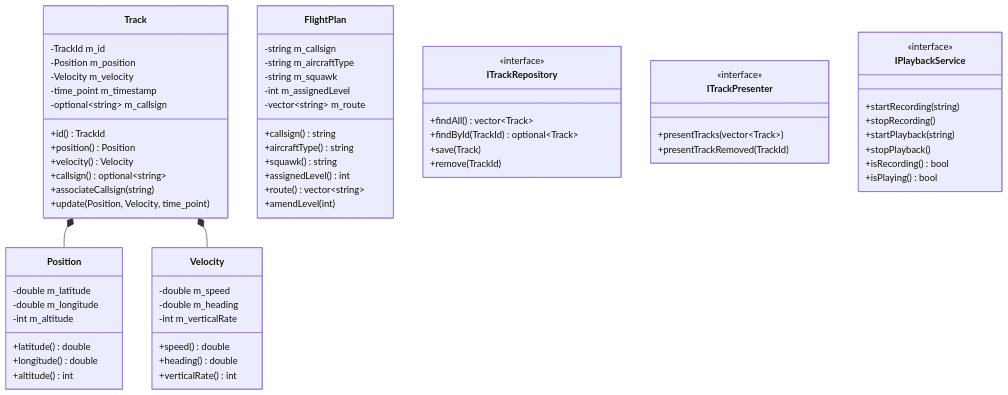
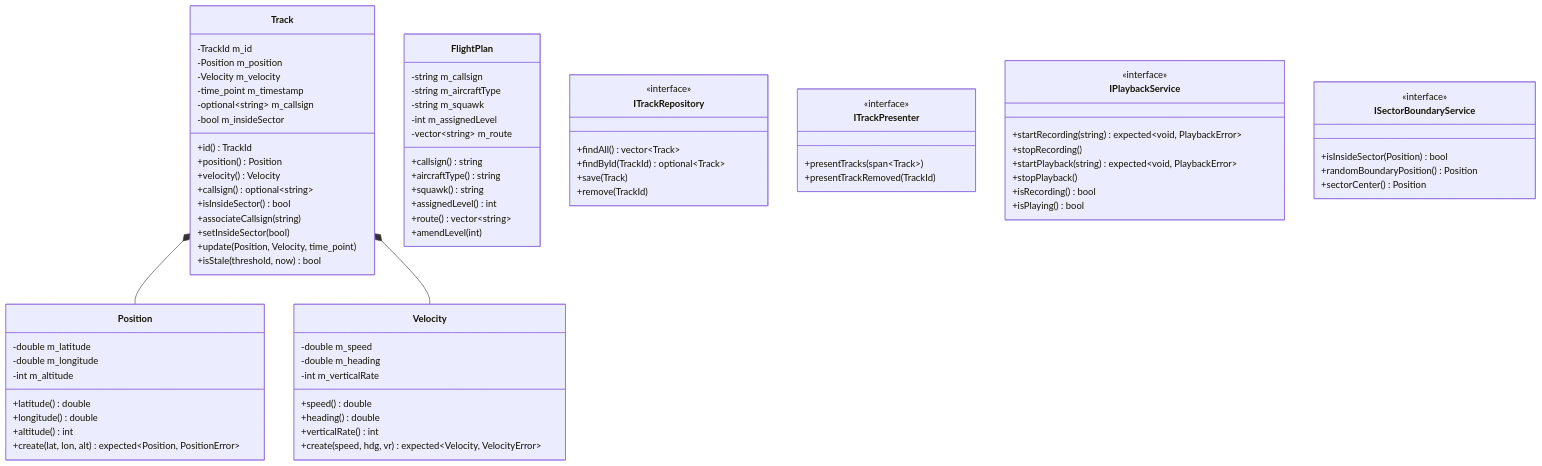
One commit to kishoredharmas/CWP_QT changed the fourth of 7 diagrams in docs/architecture.md. Above: the diagram before and after it, drawn with Mermaid. The commit also changed other lines of this file and 21 other files, not shown here.

````diff
--- a/docs/architecture.md
+++ b/docs/architecture.md
@@ -104,6 +147,7 @@
         +latitude() double
         +longitude() double
         +altitude() int
+        +create(lat, lon, alt) expected~Position, PositionError~
     }
 
     class Velocity {
@@ -113,6 +157,7 @@
         +speed() double
         +heading() double
         +verticalRate() int
+        +create(speed, hdg, vr) expected~Velocity, VelocityError~
     }
 
     class Track {
@@ -121,12 +166,16 @@
         -Velocity m_velocity
         -time_point m_timestamp
         -optional~string~ m_callsign
+        -bool m_insideSector
         +id() TrackId
         +position() Position
         +velocity() Velocity
         +callsign() optional~string~
+        +isInsideSector() bool
         +associateCallsign(string)
+        +setInsideSector(bool)
         +update(Position, Velocity, time_point)
+        +isStale(threshold, now) bool
     }
 
     class FlightPlan {
@@ -153,20 +202,27 @@
 
     class ITrackPresenter {
         <<interface>>
-        +presentTracks(vector~Track~)
+        +presentTracks(span~Track~)
         +presentTrackRemoved(TrackId)
     }
 
     class IPlaybackService {
         <<interface>>
-        +startRecording(string)
+        +startRecording(string) expected~void, PlaybackError~
         +stopRecording()
-        +startPlayback(string)
+        +startPlayback(string) expected~void, PlaybackError~
         +stopPlayback()
         +isRecording() bool
         +isPlaying() bool
     }
 
+    class ISectorBoundaryService {
+        <<interface>>
+        +isInsideSector(Position) bool
+        +randomBoundaryPosition() Position
+        +sectorCenter() Position
+    }
+
     Track *-- Position
     Track *-- Velocity
 ```
````
